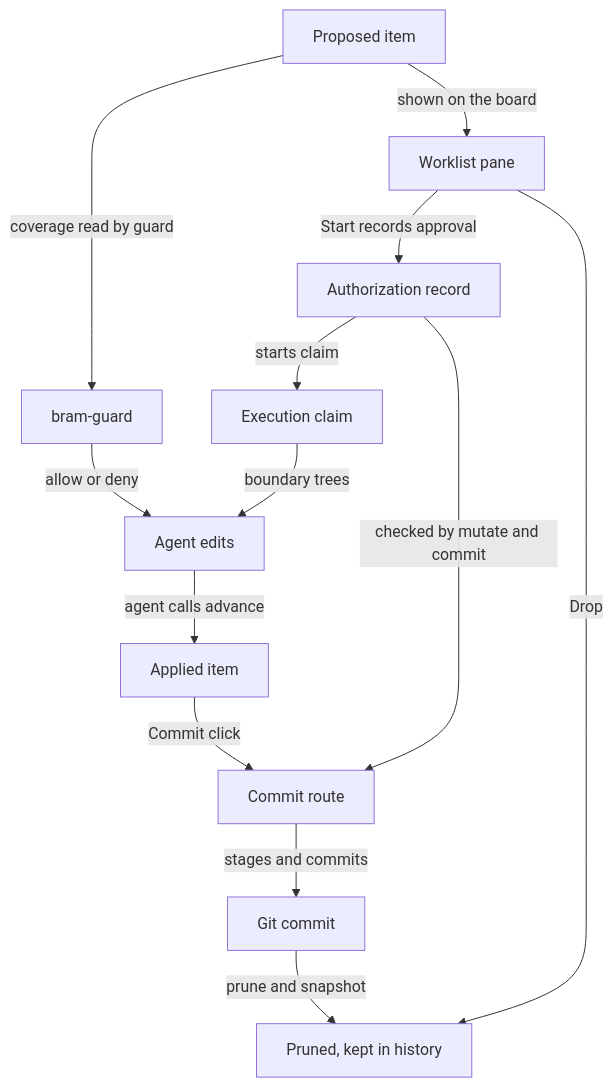
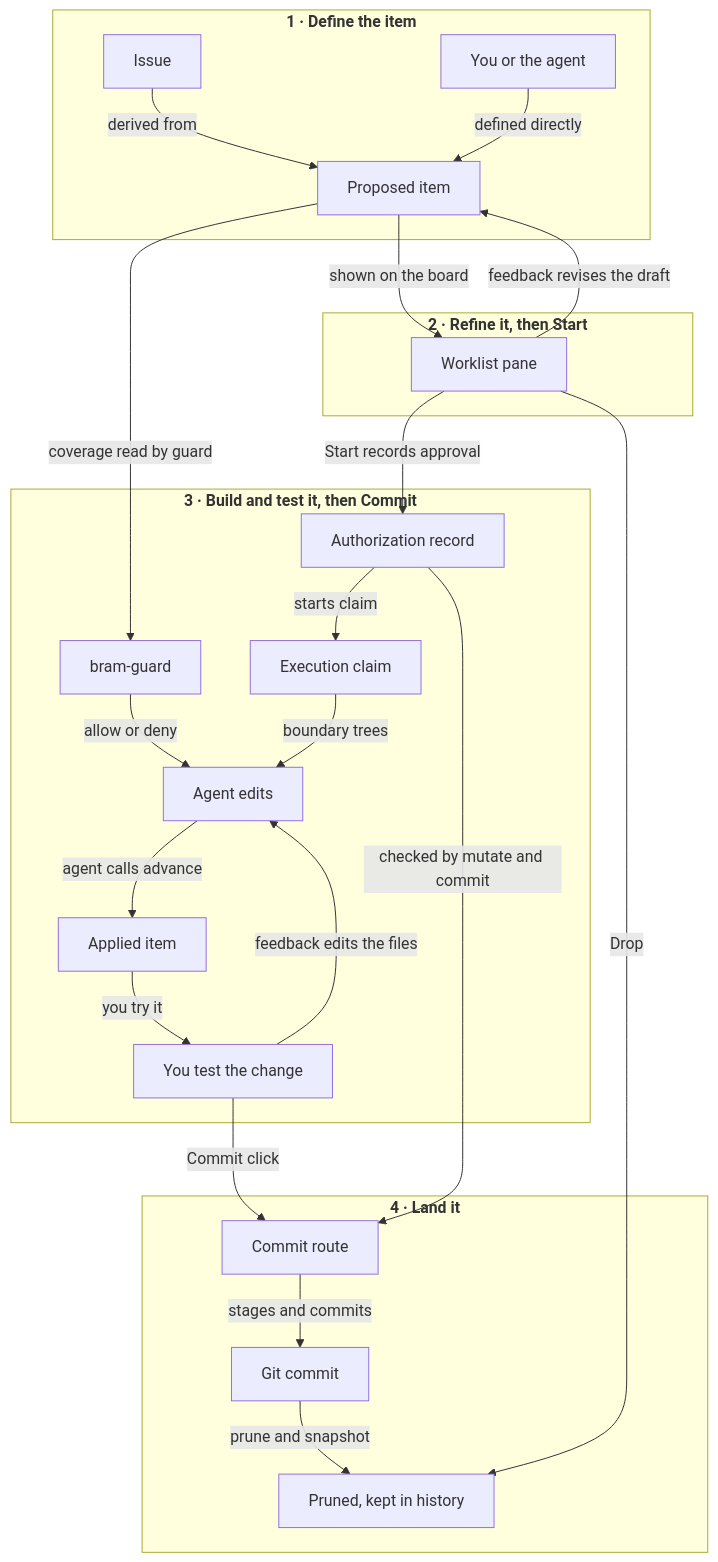
The diagram in orientation/architecture/03-gate.mmd (judell/bram), drawn with Mermaid before and after one commit. The commit also changed 8 other files, not shown here.

First line of the commit message:
Orientation site: the Worklist diagram leads, drawn as two loops

```diff
--- a/orientation/architecture/03-gate.mmd
+++ b/orientation/architecture/03-gate.mmd
@@ -1,47 +1,76 @@
+---
+config:
+  flowchart:
+    wrappingWidth: 400
+---
 flowchart TD
-  prop["Proposed item"]
-  pane["Worklist pane"]
-  auth["Authorization record"]
-  claim["Execution claim"]
-  guard["bram-guard"]
-  edits["Agent edits"]
-  applied["Applied item"]
-  route["Commit route"]
-  commit["Git commit"]
-  done["Pruned, kept in history"]
+  subgraph define["`**1 · Define the item**`"]
+    issue["Issue"]
+    person["You or the agent"]
+    prop["Proposed item"]
+  end
+  subgraph refine["`**2 · Refine it, then Start**`"]
+    pane["Worklist pane"]
+  end
+  subgraph build["`**3 · Build and test it, then Commit**`"]
+    auth["Authorization record"]
+    claim["Execution claim"]
+    guard["bram-guard"]
+    edits["Agent edits"]
+    applied["Applied item"]
+    test["You test the change"]
+  end
+  subgraph land["`**4 · Land it**`"]
+    route["Commit route"]
+    commit["Git commit"]
+    done["Pruned, kept in history"]
+  end
 
+  issue -->|"derived from"| prop
+  person -->|"defined directly"| prop
   prop -->|"shown on the board"| pane
+  pane -->|"feedback revises the draft"| prop
   pane -->|"Start records approval"| auth
   auth -->|"starts claim"| claim
   prop -->|"coverage read by guard"| guard
   guard -->|"allow or deny"| edits
   claim -->|"boundary trees"| edits
   edits -->|"agent calls advance"| applied
-  applied -->|"Commit click"| route
+  applied -->|"you try it"| test
+  test -->|"feedback edits the files"| edits
+  test -->|"Commit click"| route
   auth -->|"checked by mutate and commit"| route
   route -->|"stages and commits"| commit
   commit -->|"prune and snapshot"| done
   pane -->|"Drop"| done
 
+%% tip: Issue :: A forge issue. An item derived from one gets an issue-<N>- id and, when the commit resolves it, closesIssues.
+%% tip: You or the agent :: You ask for a change in chat, or the agent proposes one it found. Either way the agent writes the item.
+%% tip: You test the change :: You run or read the change. Feedback with the item selected goes back to the agent as edits.
+%% tip: derived from :: The item cites the issue; the close-on-commit dialog closes it after your next Push.
+%% tip: defined directly :: No issue: a bare descriptive id, and the draft carries the whole rationale.
+%% tip: feedback revises the draft :: Before Start, feedback on a selected item changes only its before/after prose. No project files.
+%% tip: you try it :: The changes are on disk; nothing is committed yet.
+%% tip: feedback edits the files :: After Start, feedback on a selected item edits files on disk. The item keeps its status.
 %% tip: Proposed item :: An entry in resources/worklist.json plus before/after prose in resources/worklist-drafts/<id>.md. Writing it is asking, not approval.
 %% tip: Worklist pane :: The board where the user ticks items and clicks Start, Start & commit, Commit or Drop.
 %% tip: Authorization record :: resources/.worklist-authorization.json: one slot, replaced by the next gate click, 30 minute TTL.
 %% tip: Execution claim :: resources/.inflight-claim.json: which items are being worked on during a turn. Ends with the turn.
 %% tip: bram-guard :: The Rust guard binary run as a PreToolUse hook (Claude, Codex, Antigravity) or plugin call (OpenCode). Fails closed on guard faults.
 %% tip: Agent edits :: Edit, Write and shell writes by the agent, checked per call.
 %% tip: Applied item :: status applied: changes on disk, awaiting commit approval. A begun proposed item can be committed too.
 %% tip: Commit route :: worklist-commit: verifies approval, scope and message, then stages only the items' files or hunks.
 %% tip: Git commit :: A path-scoped git commit, or a plumbing commit built from claim-interval patches when items share a file.
 %% tip: Pruned, kept in history :: The row leaves worklist.json; the host snapshots each change under resources/worklist-history/.
 %% tip: shown on the board :: Bram merges draft prose into the board payload so the pane sees one combined item.
 %% tip: Start records approval :: The pane records the action through a Tauri command before the turn is sent.
 %% tip: starts claim :: Recording an approval also writes the execution claim for those ids.
 %% tip: coverage read by guard :: An edit is allowed when a proposed or applied item declares the path. Coverage is weaker than approval.
 %% tip: allow or deny :: Exit code and stderr: the model reads the deny reason.
 %% tip: boundary trees :: Each claim change captures a tree of the whole project, so changes can be attributed to intervals.
 %% tip: agent calls advance :: The agent must call mutate op advance after applying. Nothing but the conventions makes it.
-%% tip: Commit click :: Records a fresh approval; Start & commit skips the advance.
+%% tip: Commit click :: When you're satisfied, Commit records a fresh approval; Start & commit skips the advance.
 %% tip: checked by mutate and commit :: Routes check kind, ids and freshness against the stored record, not the button label.
 %% tip: stages and commits :: Path-scoped add and commit, or hunk-by-hunk when another item owns lines in the same file.
 %% tip: prune and snapshot :: The commit route prunes through the mutate handler; history snapshots follow.
 %% tip: Drop :: Removes the row, not the bytes on disk.
```
